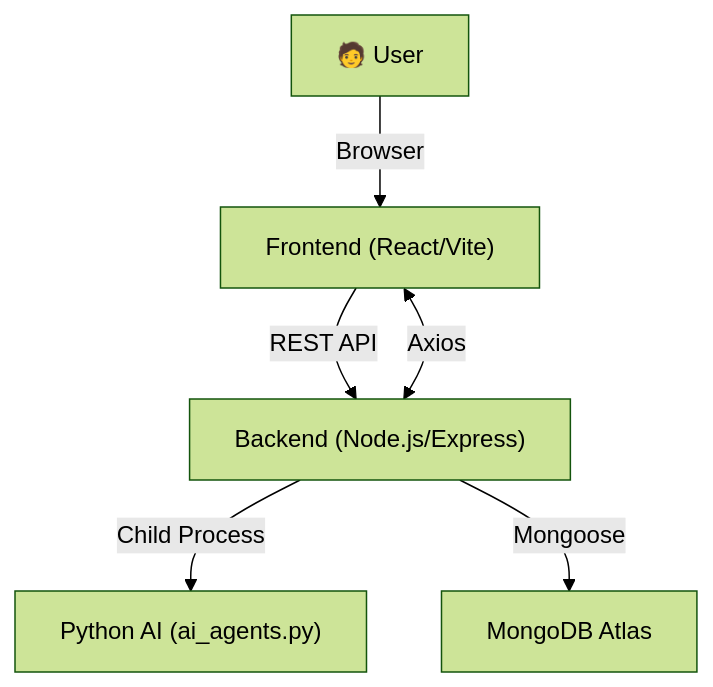
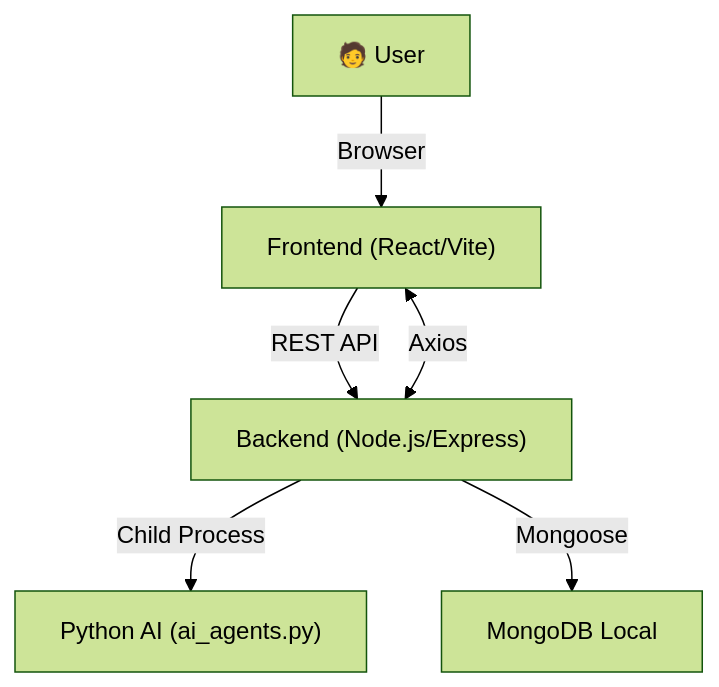
Before and after one commit to nhatminh06/company-research: the diagram in README.md, drawn with Mermaid (forest theme).

Commit message:
README.md

````diff
--- a/README.md
+++ b/README.md
@@ -63,8 +63,8 @@
 ```mermaid
 flowchart TD
     User["🧑 User"] -->|Browser| FE["Frontend (React/Vite)"]
     FE -->|REST API| BE["Backend (Node.js/Express)"]
     BE -->|Child Process| PY["Python AI (ai_agents.py)"]
-    BE -->|Mongoose| DB["MongoDB Atlas"]
+    BE -->|Mongoose| DB["MongoDB Local"]
     FE <--> |Axios| BE
 ```
````
